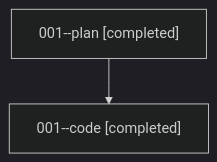
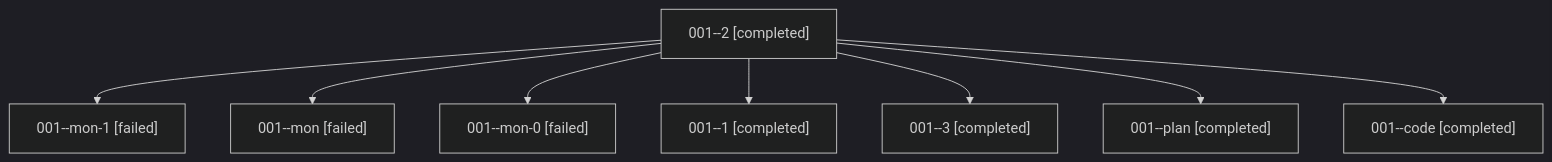
The diagram in families/bbugyi200.athena.001.md (sase-org/sase--agents), drawn with Mermaid (dark theme) before and after one commit. The commit also changed other lines of this file and 1178 other files, not shown here.

````diff
--- a/families/bbugyi200.athena.001.md
+++ b/families/bbugyi200.athena.001.md
@@ -9,6 +9,18 @@
 ```mermaid
 flowchart TD
-  n0["001--plan [completed]"]
-  n1["001--code [completed]"]
+  n0["001--2 [completed]"]
+  n1["001--mon-1 [failed]"]
   n0 --> n1
+  n2["001--mon [failed]"]
+  n0 --> n2
+  n3["001--mon-0 [failed]"]
+  n0 --> n3
+  n4["001--1 [completed]"]
+  n0 --> n4
+  n5["001--3 [completed]"]
+  n0 --> n5
+  n6["001--plan [completed]"]
+  n0 --> n6
+  n7["001--code [completed]"]
+  n0 --> n7
 ```
````
